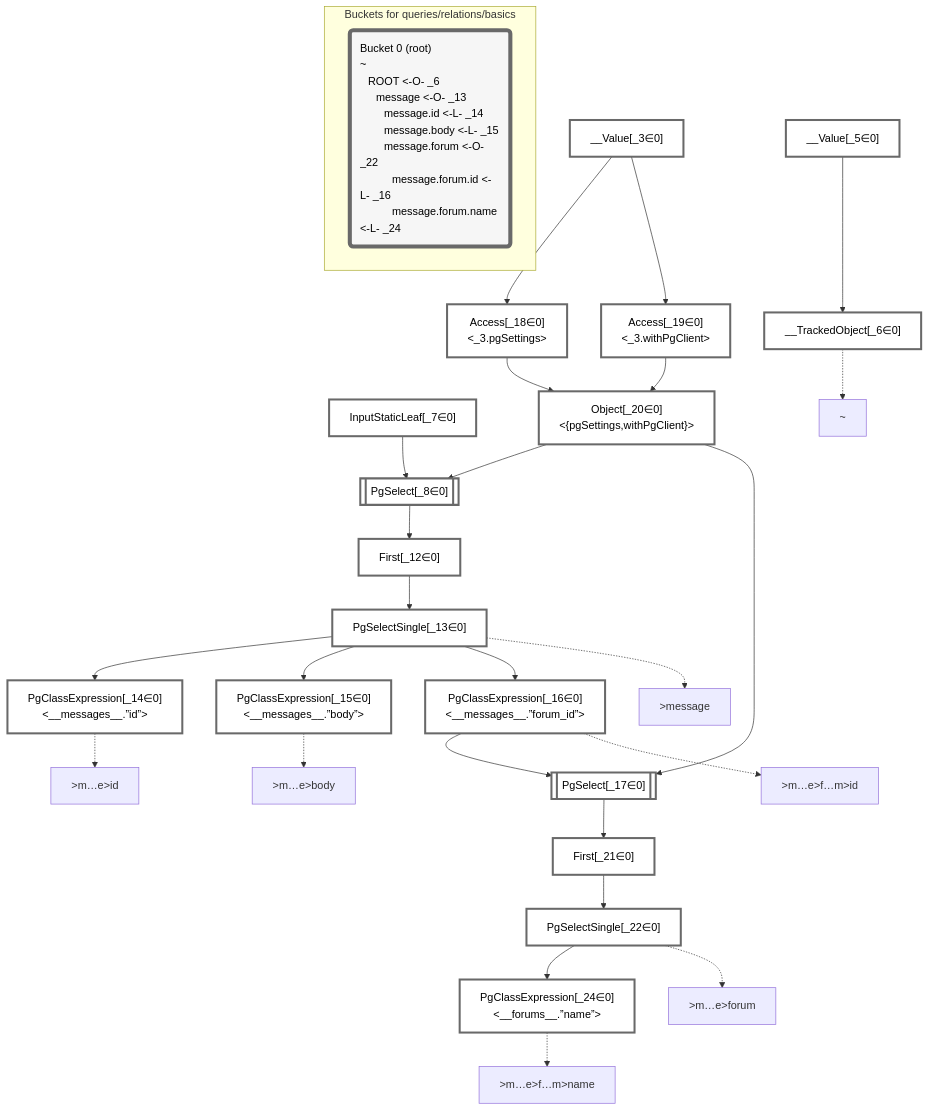
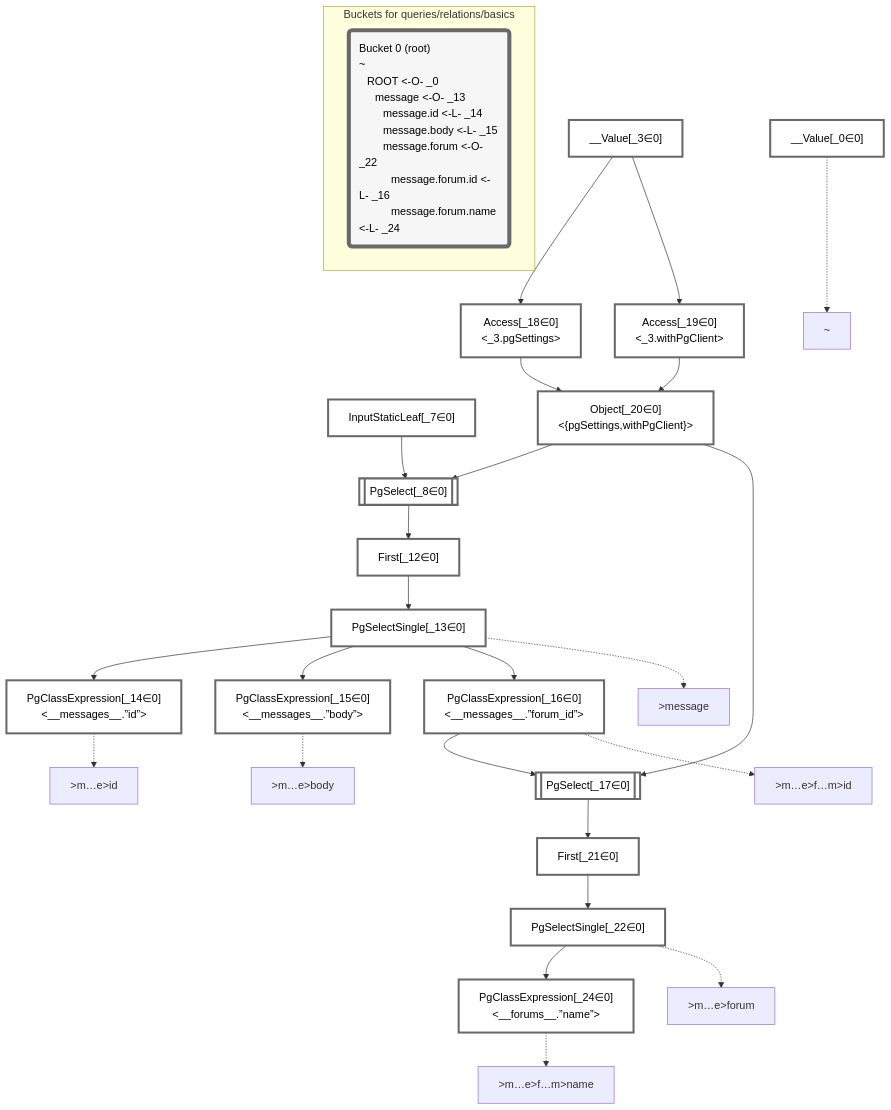
Before and after one commit to graphile/crystal: the diagram in packages/dataplan-pg/__tests__/queries/relations/basics.deopt.mermaid.md, drawn with Mermaid. The commit also changed 193 other files, not shown here.

Commit message:
Update test plan snapshots with new root plan

````diff
--- a/packages/dataplan-pg/__tests__/queries/relations/basics.deopt.mermaid.md
+++ b/packages/dataplan-pg/__tests__/queries/relations/basics.deopt.mermaid.md
@@ -1,72 +1,70 @@
 ```mermaid
 graph TD
     classDef path fill:#eee,stroke:#000,color:#000
     classDef plan fill:#fff,stroke-width:3px,color:#000
     classDef itemplan fill:#fff,stroke-width:6px,color:#000
     classDef sideeffectplan fill:#f00,stroke-width:6px,color:#000
     classDef bucket fill:#f6f6f6,color:#000,stroke-width:6px,text-align:left
 
 
     %% define plans
+    __Value_0["__Value[_0∈0]"]:::plan
     __Value_3["__Value[_3∈0]<br /><context>"]:::plan
-    __Value_5["__Value[_5∈0]<br /><rootValue>"]:::plan
-    __TrackedObject_6["__TrackedObject[_6∈0]"]:::plan
     InputStaticLeaf_7["InputStaticLeaf[_7∈0]"]:::plan
     PgSelect_8[["PgSelect[_8∈0]<br /><messages>"]]:::plan
     First_12["First[_12∈0]"]:::plan
     PgSelectSingle_13["PgSelectSingle[_13∈0]<br /><messages>"]:::plan
     PgClassExpression_14["PgClassExpression[_14∈0]<br /><__messages__.”id”>"]:::plan
     PgClassExpression_15["PgClassExpression[_15∈0]<br /><__messages__.”body”>"]:::plan
     PgClassExpression_16["PgClassExpression[_16∈0]<br /><__messages__.”forum_id”>"]:::plan
     PgSelect_17[["PgSelect[_17∈0]<br /><forums>"]]:::plan
     Access_18["Access[_18∈0]<br /><_3.pgSettings>"]:::plan
     Access_19["Access[_19∈0]<br /><_3.withPgClient>"]:::plan
     Object_20["Object[_20∈0]<br /><{pgSettings,withPgClient}>"]:::plan
     First_21["First[_21∈0]"]:::plan
     PgSelectSingle_22["PgSelectSingle[_22∈0]<br /><forums>"]:::plan
     PgClassExpression_24["PgClassExpression[_24∈0]<br /><__forums__.”name”>"]:::plan
 
     %% plan dependencies
-    __Value_5 --> __TrackedObject_6
     Object_20 --> PgSelect_8
     InputStaticLeaf_7 --> PgSelect_8
     PgSelect_8 --> First_12
     First_12 --> PgSelectSingle_13
     PgSelectSingle_13 --> PgClassExpression_14
     PgSelectSingle_13 --> PgClassExpression_15
     PgSelectSingle_13 --> PgClassExpression_16
     Object_20 --> PgSelect_17
     PgClassExpression_16 --> PgSelect_17
     __Value_3 --> Access_18
     __Value_3 --> Access_19
     Access_18 --> Object_20
     Access_19 --> Object_20
     PgSelect_17 --> First_21
     First_21 --> PgSelectSingle_22
     PgSelectSingle_22 --> PgClassExpression_24
 
     %% plan-to-path relationships
-    P_6["~"]
-    __TrackedObject_6 -.-> P_6
+    P_0["~"]
+    __Value_0 -.-> P_0
     P_13[">message"]
     PgSelectSingle_13 -.-> P_13
     P_14[">m…e>id"]
     PgClassExpression_14 -.-> P_14
     P_15[">m…e>body"]
     PgClassExpression_15 -.-> P_15
     P_16[">m…e>f…m>id"]
     PgClassExpression_16 -.-> P_16
     P_22[">m…e>forum"]
     PgSelectSingle_22 -.-> P_22
     P_24[">m…e>f…m>name"]
     PgClassExpression_24 -.-> P_24
 
     %% allocate buckets
     classDef bucket0 stroke:#696969
-    class __Value_3,__Value_5,__TrackedObject_6,InputStaticLeaf_7,PgSelect_8,First_12,PgSelectSingle_13,PgClassExpression_14,PgClassExpression_15,PgClassExpression_16,PgSelect_17,Access_18,Access_19,Object_20,First_21,PgSelectSingle_22,PgClassExpression_24 bucket0
+    class __Value_0,__Value_3,InputStaticLeaf_7,PgSelect_8,First_12,PgSelectSingle_13,PgClassExpression_14,PgClassExpression_15,PgClassExpression_16,PgSelect_17,Access_18,Access_19,Object_20,First_21,PgSelectSingle_22,PgClassExpression_24 bucket0
 
     subgraph "Buckets for queries/relations/basics"
-    Bucket0("Bucket 0 (root)<br />~<br />⠀ROOT <-O- _6<br />⠀⠀message <-O- _13<br />⠀⠀⠀message.id <-L- _14<br />⠀⠀⠀message.body <-L- _15<br />⠀⠀⠀message.forum <-O- _22<br />⠀⠀⠀⠀message.forum.id <-L- _16<br />⠀⠀⠀⠀message.forum.name <-L- _24"):::bucket
+    Bucket0("Bucket 0 (root)<br />~<br />⠀ROOT <-O- _0<br />⠀⠀message <-O- _13<br />⠀⠀⠀message.id <-L- _14<br />⠀⠀⠀message.body <-L- _15<br />⠀⠀⠀message.forum <-O- _22<br />⠀⠀⠀⠀message.forum.id <-L- _16<br />⠀⠀⠀⠀message.forum.name <-L- _24"):::bucket
     style Bucket0 stroke:#696969
     end
 ```
````
